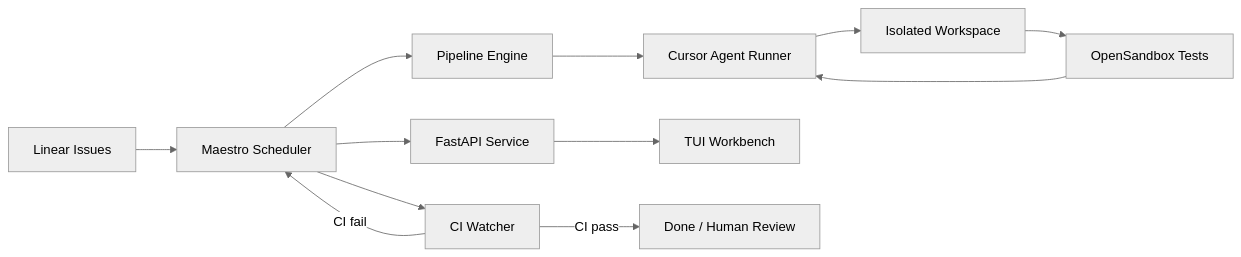
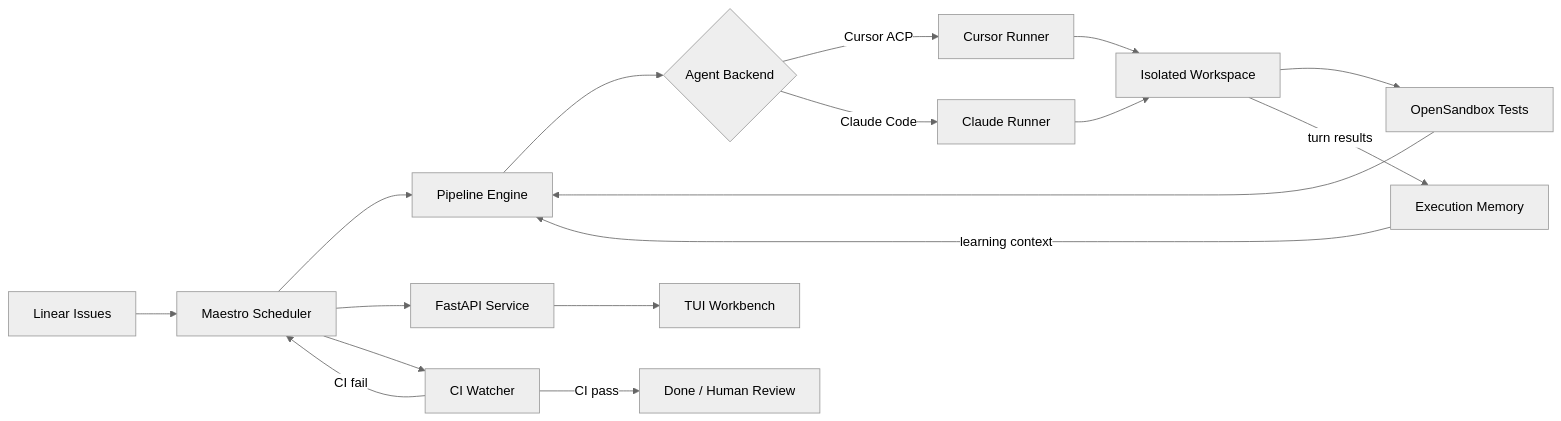
One commit to neilzhangpro/Maestro changed the diagram in README.md. Above: the diagram before and after it, drawn with Mermaid (neutral theme). The commit also changed other lines of this file, not shown here.

First line of the commit message:
docs: update README to reflect Claude Code support and SKILL learning

````diff
--- a/README.md
+++ b/README.md
@@ -75,14 +78,19 @@
 ```mermaid
 flowchart LR
     A[Linear Issues] --> B[Maestro Scheduler]
     B --> C[Pipeline Engine]
-    C --> D[Cursor Agent Runner]
-    D --> E[Isolated Workspace]
-    B --> F[FastAPI Service]
-    F --> G[TUI Workbench]
-    E --> H[OpenSandbox Tests]
-    H --> D
-    B --> I[CI Watcher]
-    I -->|CI pass| J[Done / Human Review]
-    I -->|CI fail| B
+    C --> D{Agent Backend}
+    D -->|Cursor ACP| E1[Cursor Runner]
+    D -->|Claude Code| E2[Claude Runner]
+    E1 --> F[Isolated Workspace]
+    E2 --> F
+    F --> G[OpenSandbox Tests]
+    G --> C
+    F -->|turn results| H[Execution Memory]
+    H -->|learning context| C
+    B --> I[FastAPI Service]
+    I --> J[TUI Workbench]
+    B --> K[CI Watcher]
+    K -->|CI pass| L[Done / Human Review]
+    K -->|CI fail| B
 ```
````
